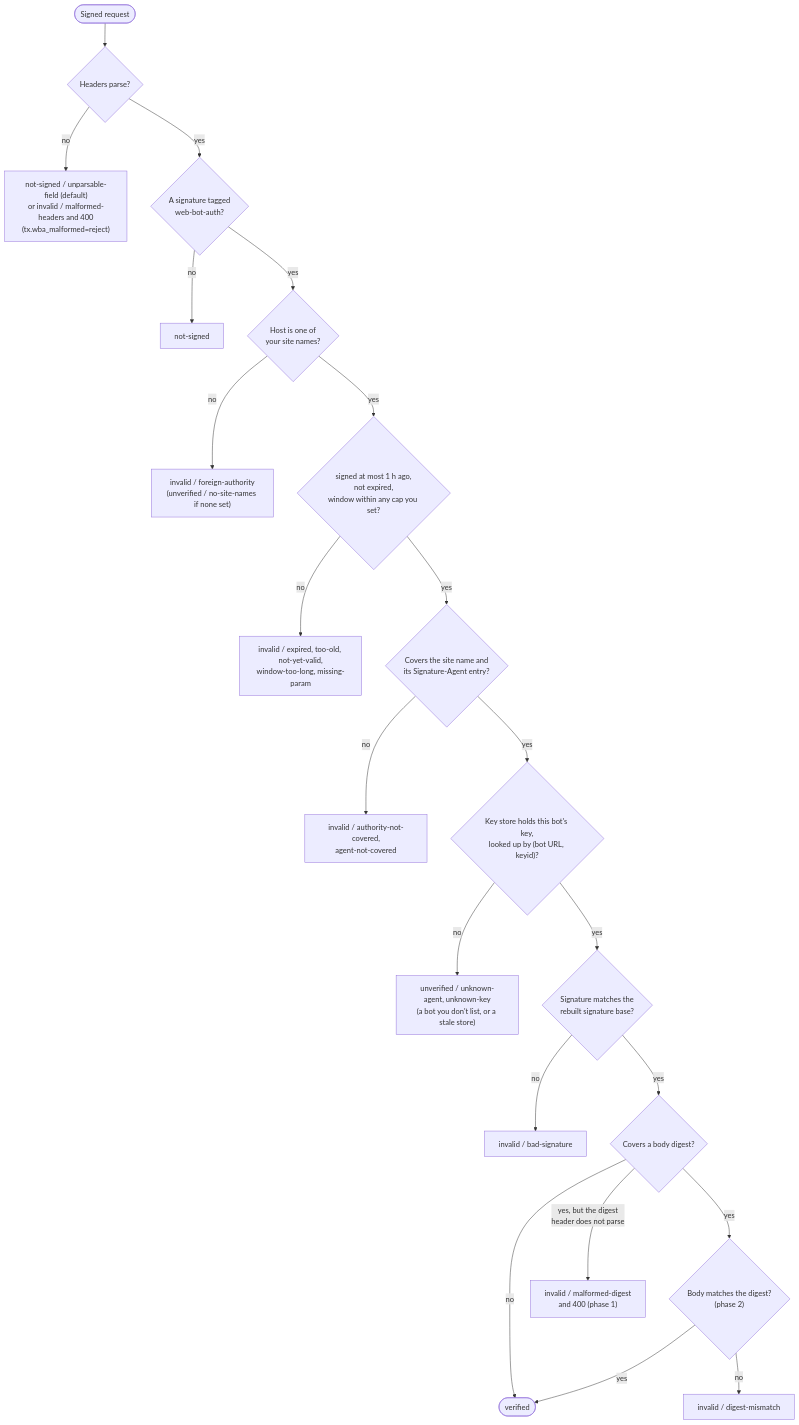
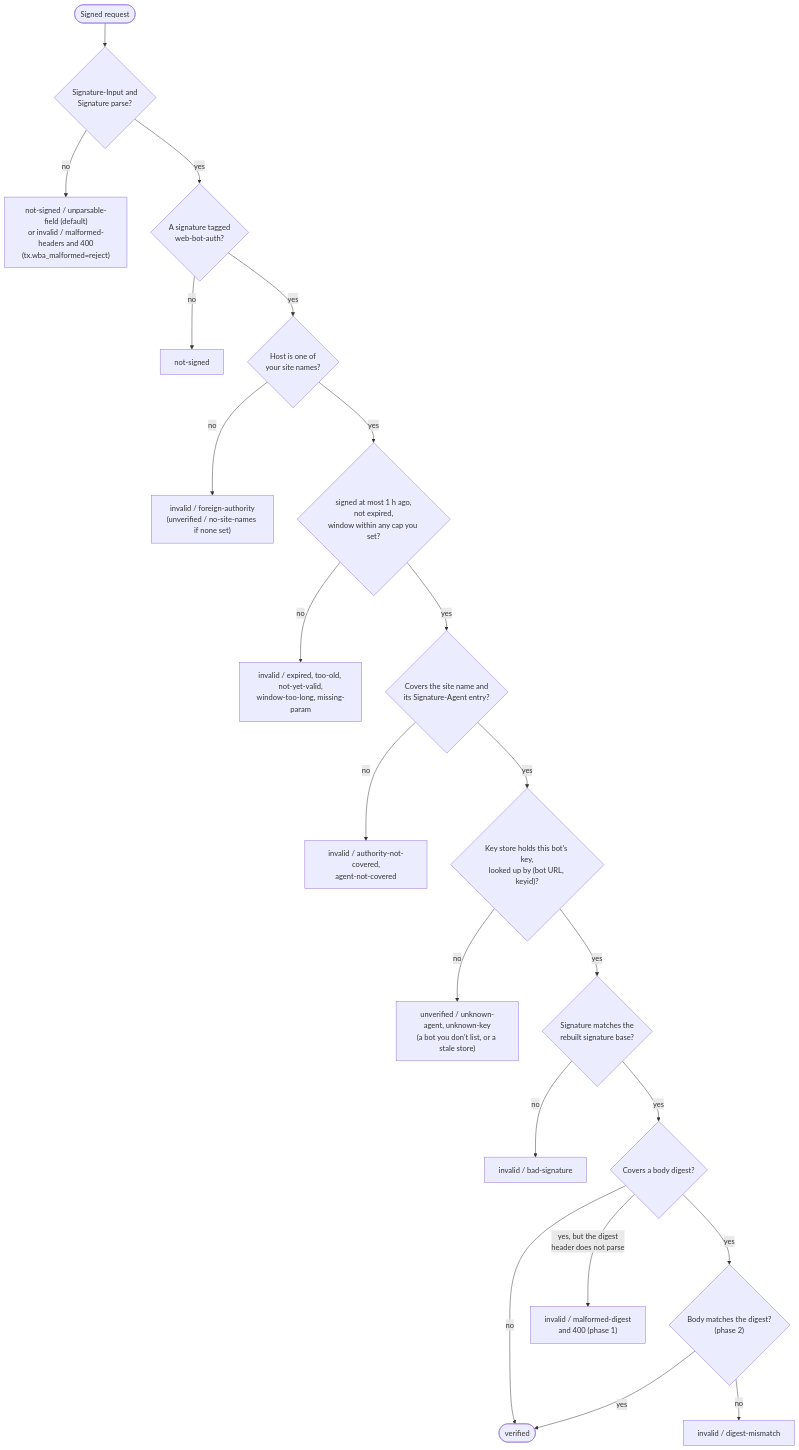
One commit to etiennemunnich/modsec-webbotauth-lua changed the fifth of 8 diagrams in lua/wba/HOW-IT-WORKS.md. Above: the diagram before and after it, drawn with Mermaid. The commit also changed other lines of this file and 84 other files, not shown here.

````diff
--- a/lua/wba/HOW-IT-WORKS.md
+++ b/lua/wba/HOW-IT-WORKS.md
@@ -141,23 +140,23 @@
 ```mermaid
 flowchart TD
-    S([Signed request]) --> P{Headers parse?}
+    S([Signed request]) --> P{"Signature-Input and<br/>Signature parse?"}
     P -- no --> M["not-signed / unparsable-field (default)<br/>or invalid / malformed-headers and 400<br/>(tx.wba_malformed=reject)"]
     P -- yes --> T{A signature tagged<br/>web-bot-auth?}
     T -- no --> NS[not-signed]
     T -- yes --> H{"Host is one of<br/>your site names?"}
     H -- no --> I0["invalid / foreign-authority<br/>(unverified / no-site-names if none set)"]
     H -- yes --> W{"signed at most 1 h ago,<br/>not expired,<br/>window within any cap you set?"}
     W -- no --> I1["invalid / expired, too-old, not-yet-valid,<br/>window-too-long, missing-param"]
     W -- yes --> CV{"Covers the site name and<br/>its Signature-Agent entry?"}
     CV -- no --> I2["invalid / authority-not-covered,<br/>agent-not-covered"]
     CV -- yes --> K{"Key store holds this bot's key,<br/>looked up by (bot URL, keyid)?"}
     K -- no --> U1["unverified / unknown-agent, unknown-key<br/>(a bot you don't list, or a stale store)"]
     K -- yes --> SIG{"Signature matches the<br/>rebuilt signature base?"}
     SIG -- no --> I3[invalid / bad-signature]
     SIG -- yes --> D{Covers a body digest?}
     D -- no --> OK([verified])
     D -- yes --> B{"Body matches the digest?<br/>(phase 2)"}
     B -- yes --> OK
     B -- no --> I4[invalid / digest-mismatch]
     D -- "yes, but the digest<br/>header does not parse" --> I5["invalid / malformed-digest<br/>and 400 (phase 1)"]
 ```
````
